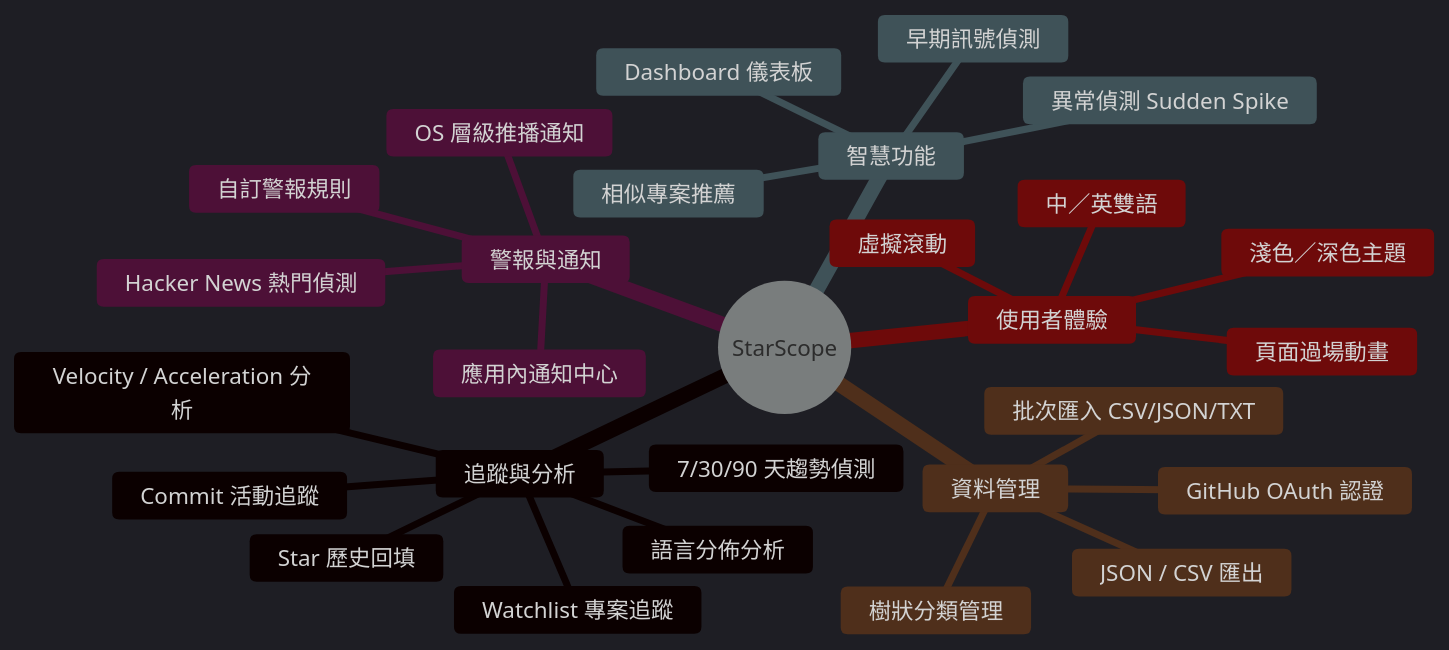
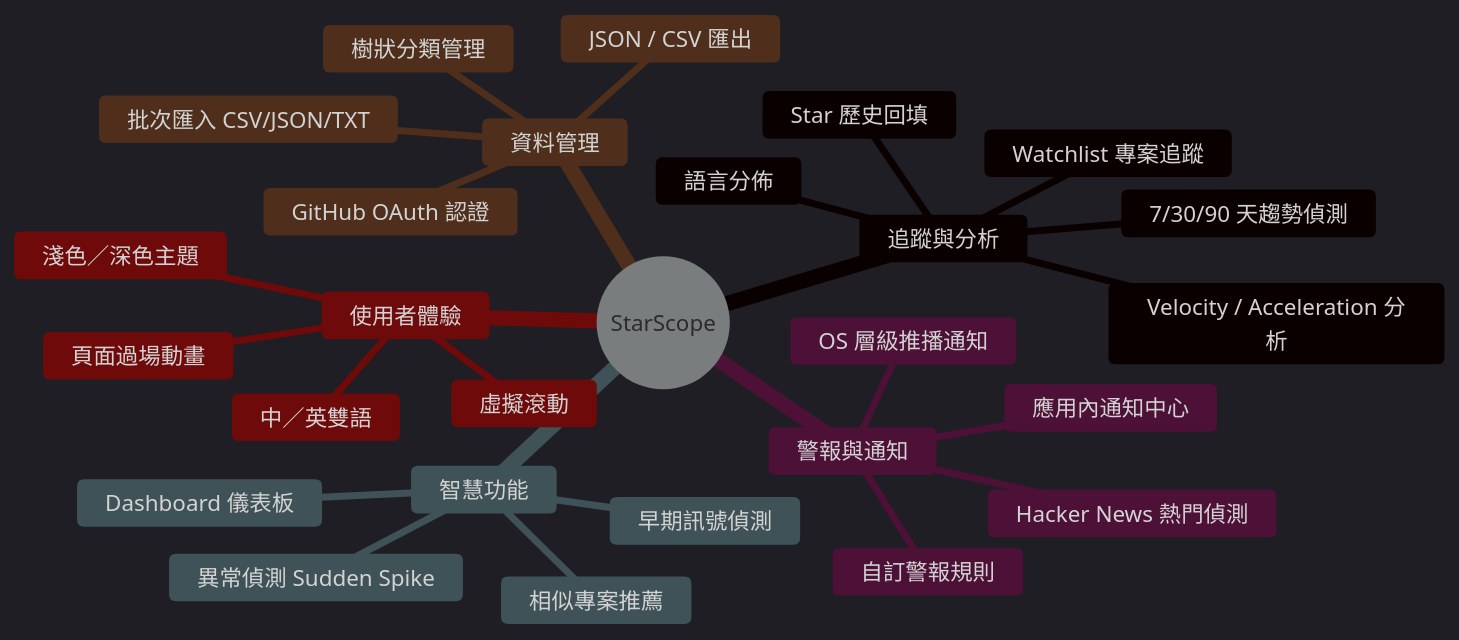
One commit to Neal75418/StarScope changed the first of 2 diagrams in README.md. Above: the diagram before and after it, drawn with Mermaid. The commit also changed 2 other files, not shown here.

Commit message:
docs: sync all project docs with current codebase
README.md:
- Remove deleted "Commit 活動追蹤" from feature mindmap
- Simplify "語言分佈分析" → "語言分佈" (router deleted, widget remains)

CONTRIBUTING.md:
- Add %%{init: {'theme': 'dark'}}%% to Mermaid workflow diagram

CHANGELOG.md:
- Add code style unification entry (7 passes, 101 fixes) to [Unreleased]

````diff
--- a/README.md
+++ b/README.md
@@ -41,32 +41,31 @@
 ```mermaid
 %%{init: {'theme': 'dark'}}%%
 mindmap
   root((StarScope))
     追蹤與分析
       Watchlist 專案追蹤
       Velocity / Acceleration 分析
       7/30/90 天趨勢偵測
       Star 歷史回填
-      Commit 活動追蹤
-      語言分佈分析
+      語言分佈
     警報與通知
       自訂警報規則
       應用內通知中心
       OS 層級推播通知
       Hacker News 熱門偵測
     智慧功能
       相似專案推薦
       早期訊號偵測
       異常偵測 Sudden Spike
       Dashboard 儀表板
     資料管理
       批次匯入 CSV/JSON/TXT
       JSON / CSV 匯出
       樹狀分類管理
       GitHub OAuth 認證
     使用者體驗
       中／英雙語
       淺色／深色主題
       虛擬滾動
       頁面過場動畫
 ```
````
